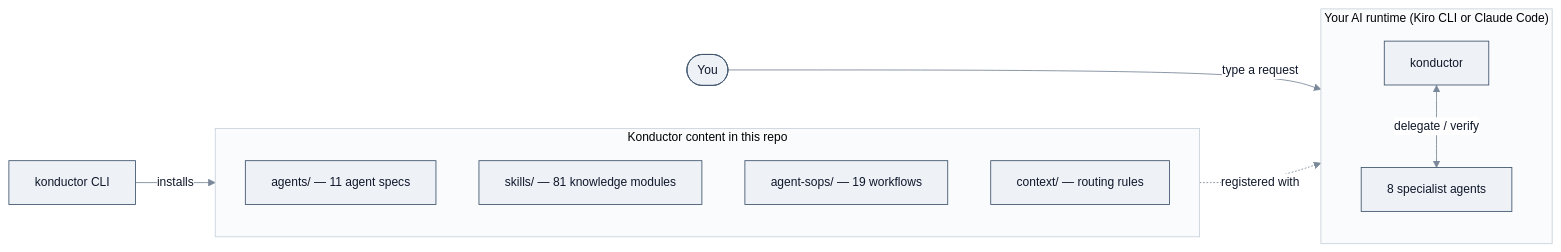
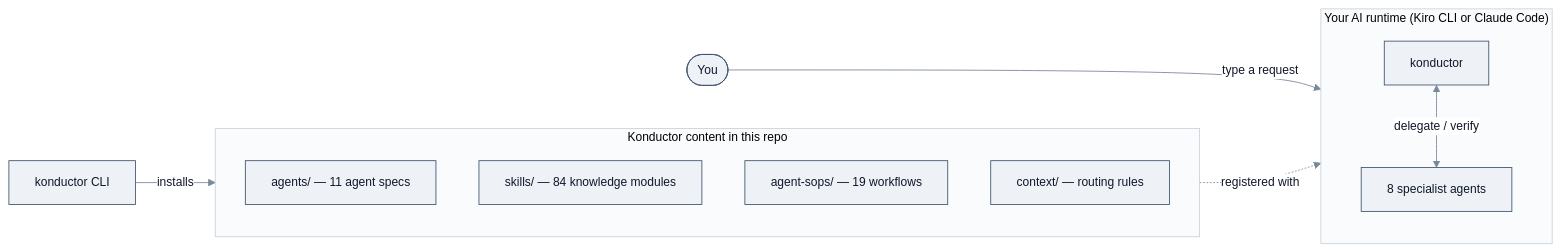
The diagram in docs/user-guide/README.md (aws-solutions/konductor), drawn with Mermaid before and after one commit. The commit also changed other lines of this file and 15 other files, not shown here.

````diff
--- a/docs/user-guide/README.md
+++ b/docs/user-guide/README.md
@@ -154,21 +154,21 @@
 ```mermaid
 %%{init:{'theme':'base','themeVariables':{'fontSize':'14px','primaryColor':'#eef2f7','primaryTextColor':'#0f172a','primaryBorderColor':'#40556e','lineColor':'#7a8899','textColor':'#0f172a','edgeLabelBackground':'#ffffff','clusterBkg':'#fafbfc','clusterBorder':'#c9d2dc'}}}%%
 flowchart LR
     You([You]) -->|type a request| Runtime
 
     subgraph Runtime["Your AI runtime (Kiro CLI or Claude Code)"]
         Orch[konductor]
         Spec[8 specialist agents]
         Orch <-->|delegate / verify| Spec
     end
 
     subgraph Content["Konductor content in this repo"]
         A["agents/ — 11 agent specs"]
-        S["skills/ — 81 knowledge modules"]
+        S["skills/ — 84 knowledge modules"]
         P["agent-sops/ — 19 workflows"]
         C["context/ — routing rules"]
     end
 
     CLI["konductor CLI"] -->|"installs"| Content
     Content -.->|"registered with"| Runtime
 ```
````
